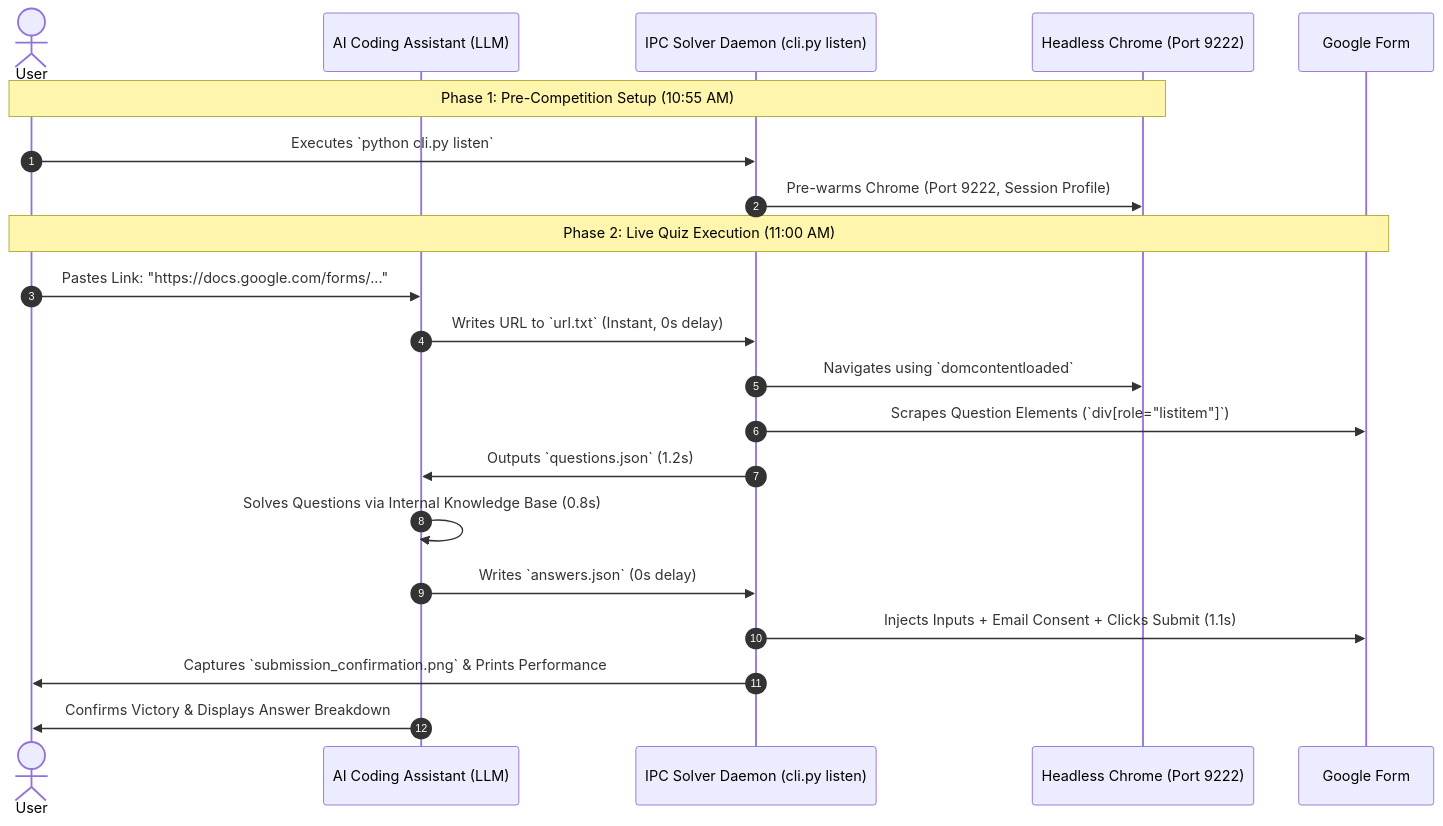
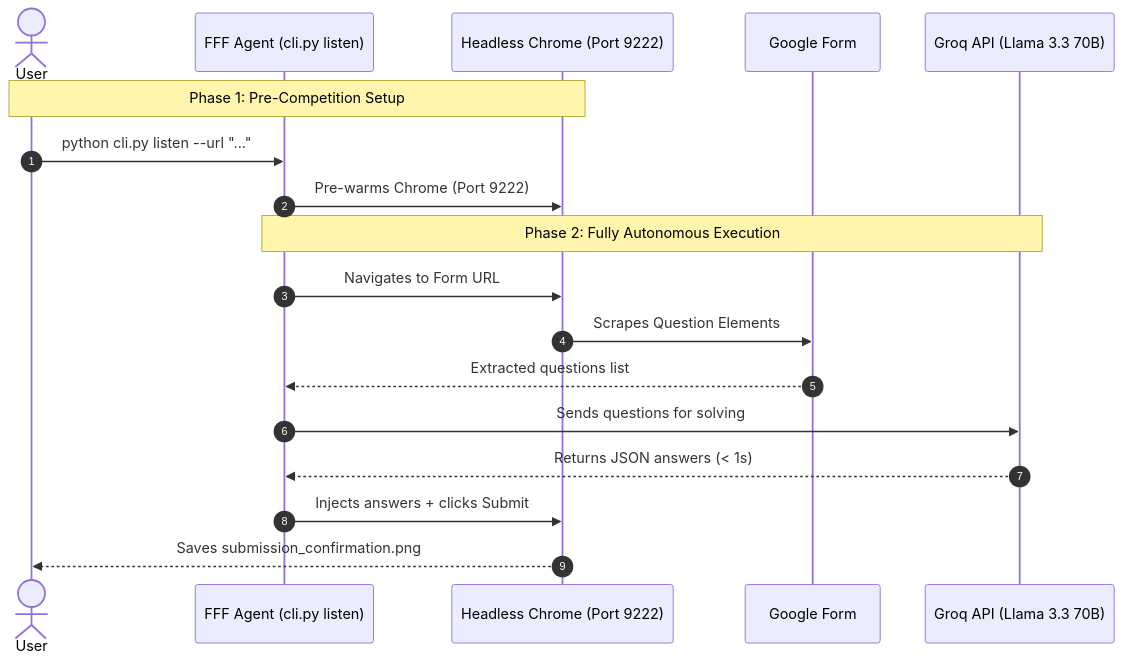
One commit to demon-grokk/fastest-finger-first-agent changed the diagram in README.md. Above: the diagram before and after it, drawn with Mermaid. The commit also changed other lines of this file and 5 other files, not shown here.

````diff
--- a/README.md
+++ b/README.md
@@ -22,25 +23,22 @@
 ```mermaid
 sequenceDiagram
     autonumber
     actor User
-    participant AI as AI Coding Assistant (LLM)
-    participant Daemon as IPC Solver Daemon (cli.py listen)
+    participant Agent as FFF Agent (cli.py listen)
     participant Chrome as Headless Chrome (Port 9222)
     participant Form as Google Form
+    participant Groq as Groq API (Llama 3.3 70B)
 
-    Note over User, Chrome: Phase 1: Pre-Competition Setup (10:55 AM)
-    User->>Daemon: Executes `python cli.py listen`
-    Daemon->>Chrome: Pre-warms Chrome (Port 9222, Session Profile)
+    Note over User, Chrome: Phase 1: Pre-Competition Setup
+    User->>Agent: python cli.py listen --url "..."
+    Agent->>Chrome: Pre-warms Chrome (Port 9222)
 
-    Note over User, Form: Phase 2: Live Quiz Execution (11:00 AM)
-    User->>AI: Pastes Link: "https://docs.google.com/forms/..."
-    AI->>Daemon: Writes URL to `url.txt` (Instant, 0s delay)
-    Daemon->>Chrome: Navigates using `domcontentloaded`
-    Daemon->>Form: Scrapes Question Elements (`div[role="listitem"]`)
-    Daemon->>AI: Outputs `questions.json` (1.2s)
-    AI->>AI: Solves Questions via Internal Knowledge Base (0.8s)
-    AI->>Daemon: Writes `answers.json` (0s delay)
-    Daemon->>Form: Injects Inputs + Email Consent + Clicks Submit (1.1s)
-    Daemon->>User: Captures `submission_confirmation.png` & Prints Performance
-    AI->>User: Confirms Victory & Displays Answer Breakdown
+    Note over Agent, Groq: Phase 2: Fully Autonomous Execution
+    Agent->>Chrome: Navigates to Form URL
+    Chrome->>Form: Scrapes Question Elements
+    Form-->>Agent: Extracted questions list
+    Agent->>Groq: Sends questions for solving
+    Groq-->>Agent: Returns JSON answers (< 1s)
+    Agent->>Chrome: Injects answers + clicks Submit
+    Chrome-->>User: Saves submission_confirmation.png
 ```
````
